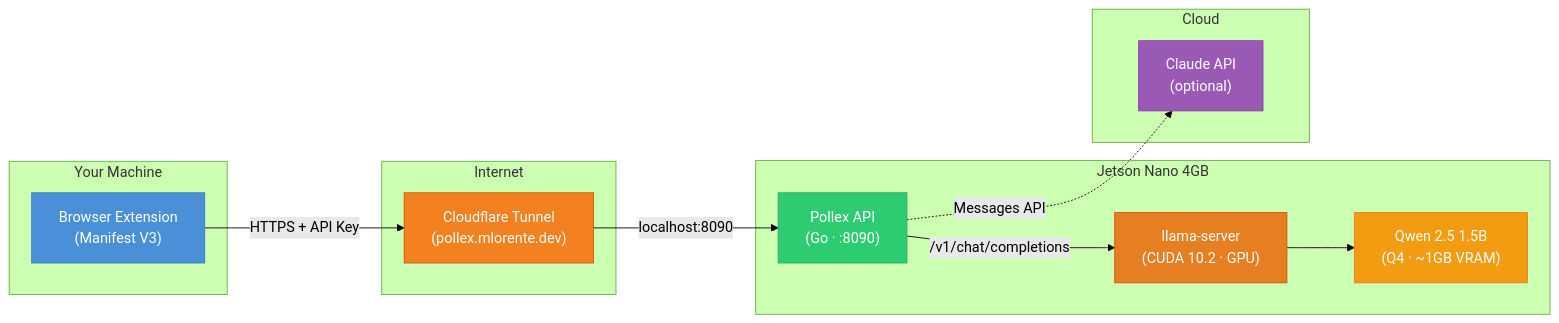
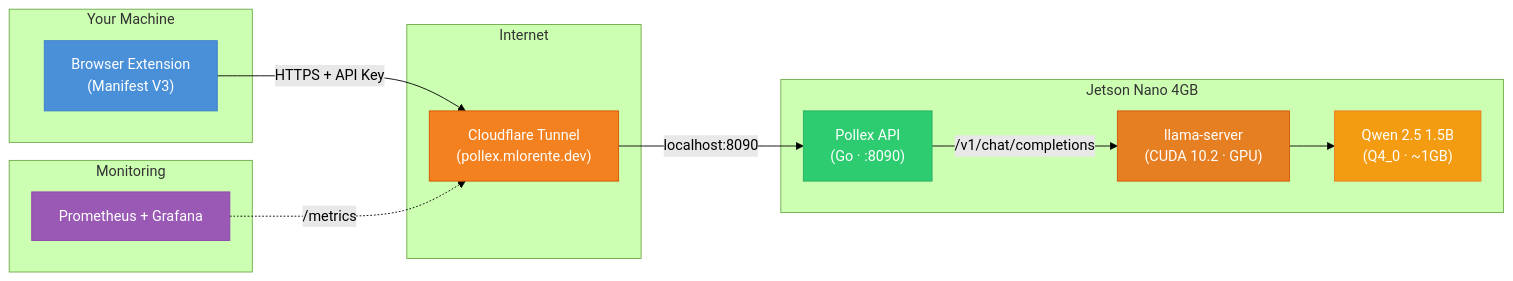
Before and after one commit to mlorentedev/pollex: the first of 2 diagrams in README.md, drawn with Mermaid (forest theme). The commit also changed other lines of this file, not shown here.

Commit message:
docs: architecture diagrams (vault + README) and documentation sync

````diff
--- a/README.md
+++ b/README.md
@@ -9,33 +9,33 @@
 ```mermaid
 graph LR
     subgraph Your Machine
         EXT["Browser Extension<br/>(Manifest V3)"]
     end
 
     subgraph Internet
         CF["Cloudflare Tunnel<br/>(pollex.mlorente.dev)"]
     end
 
     subgraph Jetson Nano 4GB
         API["Pollex API<br/>(Go · :8090)"]
         LLAMA["llama-server<br/>(CUDA 10.2 · GPU)"]
-        MODEL["Qwen 2.5 1.5B<br/>(Q4 · ~1GB VRAM)"]
+        MODEL["Qwen 2.5 1.5B<br/>(Q4_0 · ~1GB)"]
     end
 
-    subgraph Cloud
-        CLAUDE["Claude API<br/>(optional)"]
+    subgraph Monitoring
+        PROM["Prometheus + Grafana"]
     end
 
     EXT -- "HTTPS + API Key" --> CF
     CF -- "localhost:8090" --> API
     API -- "/v1/chat/completions" --> LLAMA
     LLAMA --> MODEL
-    API -. "Messages API" .-> CLAUDE
+    PROM -. "/metrics" .-> CF
 
     style EXT fill:#4a90d9,stroke:#3a7bc8,color:#fff
     style CF fill:#f48120,stroke:#d35400,color:#fff
     style API fill:#2ecc71,stroke:#27ae60,color:#fff
     style LLAMA fill:#e67e22,stroke:#d35400,color:#fff
     style MODEL fill:#f39c12,stroke:#e67e22,color:#fff
-    style CLAUDE fill:#9b59b6,stroke:#8e44ad,color:#fff
+    style PROM fill:#9b59b6,stroke:#8e44ad,color:#fff
 ```
````
